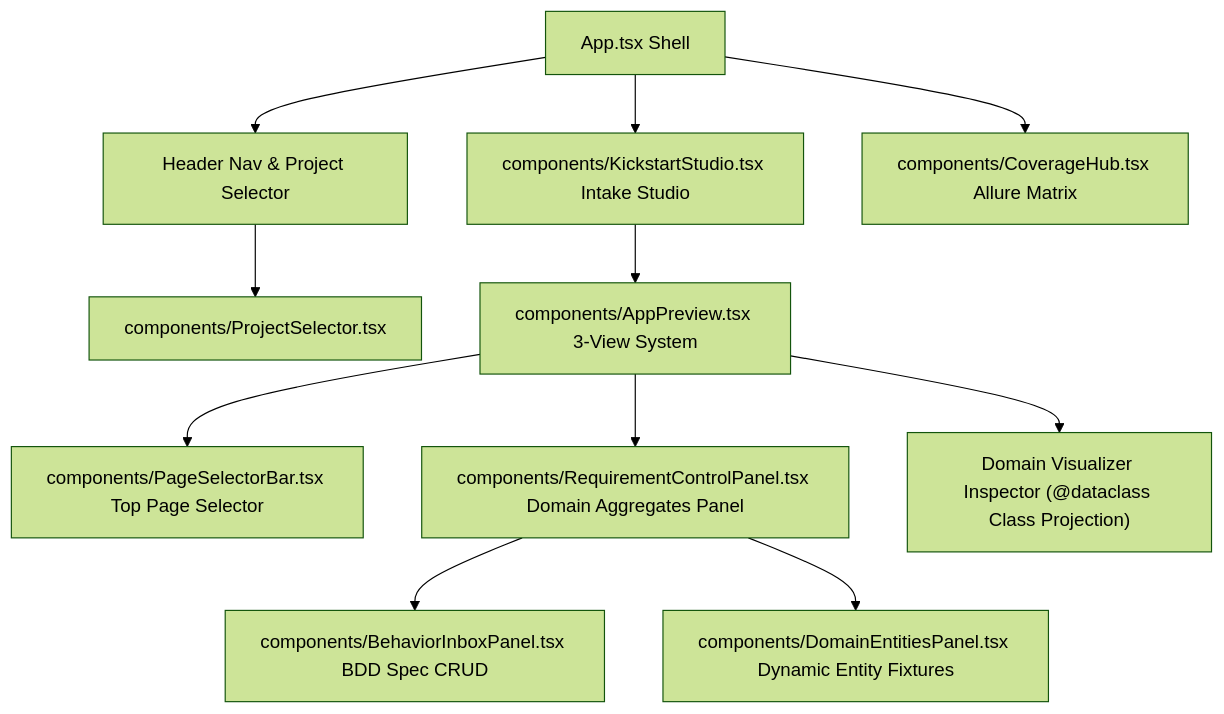
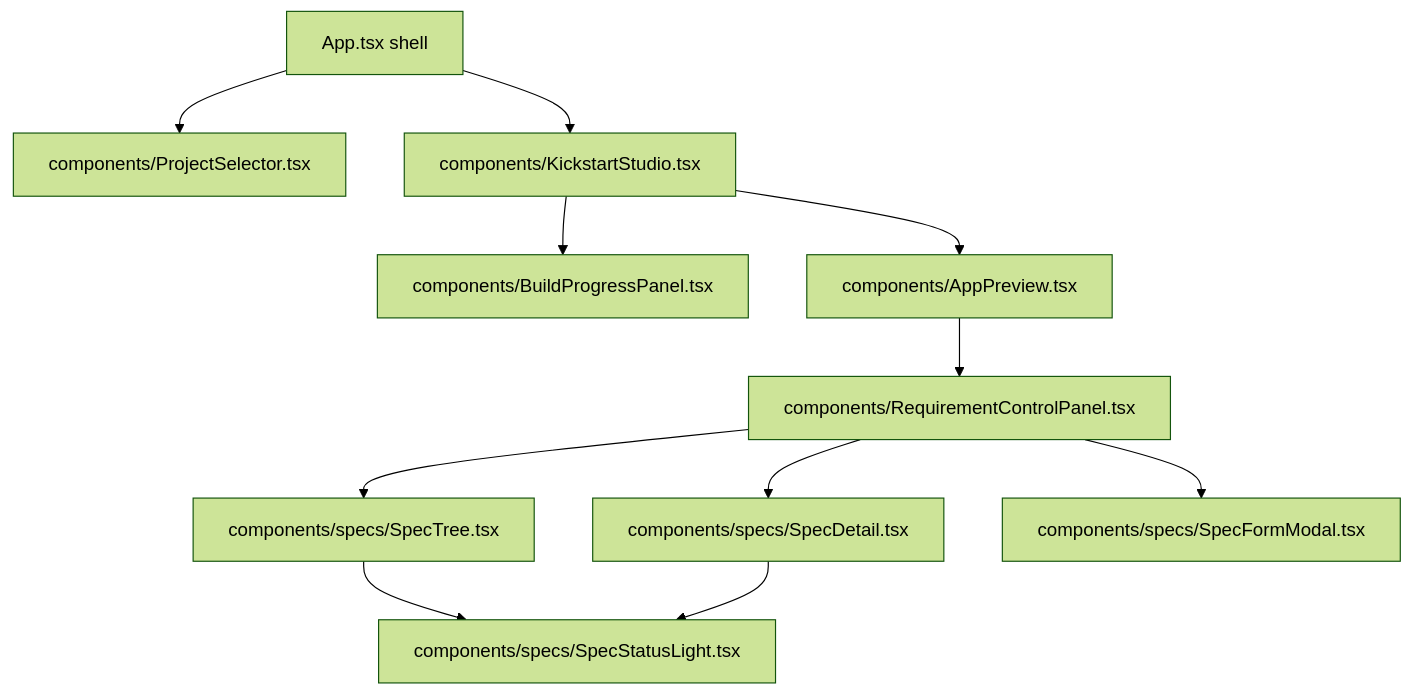
One commit to AlbinAhlstrom/provable changed the diagram in vault/01-Architecture/Frontend Components.md. Above: the diagram before and after it, drawn with Mermaid (forest theme). The commit also changed other lines of this file and 25 other files, not shown here.

First line of the commit message:
feat(studio): one clean screen, in English, with a test light per spec

````diff
--- a/vault/01-Architecture/Frontend Components.md
+++ b/vault/01-Architecture/Frontend Components.md
@@ -9,17 +7,13 @@
 ```mermaid
 graph TD
-    App["App.tsx Shell"] --> Header["Header Nav & Project Selector"]
-    Header --> ProjectSelector["components/ProjectSelector.tsx"]
-    
-    App --> KickstartStudio["components/KickstartStudio.tsx Intake Studio"]
-    KickstartStudio --> AppPreview["components/AppPreview.tsx 3-View System"]
-    
-    AppPreview --> PageSelectorBar["components/PageSelectorBar.tsx Top Page Selector"]
-    AppPreview --> ReqControl["components/RequirementControlPanel.tsx Domain Aggregates Panel"]
-    AppPreview --> DomainInspector["Domain Visualizer Inspector (@dataclass Class Projection)"]
-    
-    ReqControl --> BehaviorInbox["components/BehaviorInboxPanel.tsx BDD Spec CRUD"]
-    ReqControl --> DomainEntities["components/DomainEntitiesPanel.tsx Dynamic Entity Fixtures"]
-    
-    App --> CoverageHub["components/CoverageHub.tsx Allure Matrix"]
+    App["App.tsx shell"] --> ProjectSelector["components/ProjectSelector.tsx"]
+    App --> KickstartStudio["components/KickstartStudio.tsx"]
+    KickstartStudio --> BuildProgress["components/BuildProgressPanel.tsx"]
+    KickstartStudio --> AppPreview["components/AppPreview.tsx"]
+    AppPreview --> Panel["components/RequirementControlPanel.tsx"]
+    Panel --> SpecTree["components/specs/SpecTree.tsx"]
+    Panel --> SpecDetail["components/specs/SpecDetail.tsx"]
+    Panel --> SpecFormModal["components/specs/SpecFormModal.tsx"]
+    SpecTree --> Light["components/specs/SpecStatusLight.tsx"]
+    SpecDetail --> Light
 ```
````
